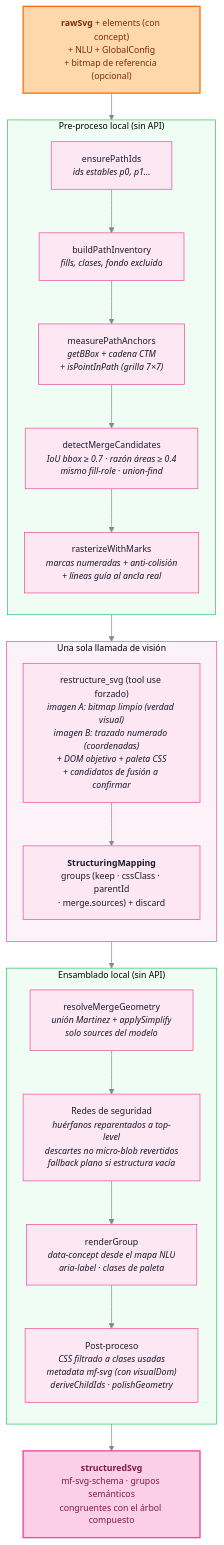
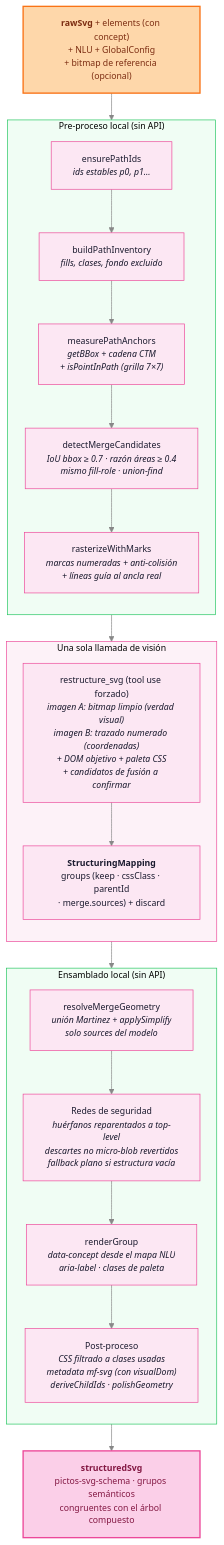
One commit to hspencer/pictos-net changed the diagram in docs/ESTRUCTURAR.md. Above: the diagram before and after it, drawn with Mermaid. The commit also changed 148 other files, not shown here.

First line of the commit message:
refactor(schemas): rename products to pictos-* and the system to PICTOS

````diff
--- a/docs/ESTRUCTURAR.md
+++ b/docs/ESTRUCTURAR.md
@@ -16,55 +16,55 @@
 ```mermaid
 %%{init: {
   'theme': 'base',
   'themeVariables': {
     'primaryColor': '#fce7f3',
     'primaryTextColor': '#1a1a2e',
     'primaryBorderColor': '#ec4899',
     'lineColor': '#888',
     'fontSize': '13px',
     'fontFamily': 'Lexend, system-ui, sans-serif'
   },
   'flowchart': { 'padding': 16, 'nodeSpacing': 30, 'rankSpacing': 40, 'curve': 'basis' }
 }}%%
 flowchart TD
     IN["<b>rawSvg</b> + elements (con concept)<br>+ NLU + GlobalConfig<br>+ bitmap de referencia (opcional)"]
 
     subgraph LOCAL1["Pre-proceso local (sin API)"]
         direction TB
         ids["ensurePathIds<br><i>ids estables p0, p1…</i>"]
         inv["buildPathInventory<br><i>fills, clases, fondo excluido</i>"]
         anchors["measurePathAnchors<br><i>getBBox + cadena CTM<br>+ isPointInPath (grilla 7×7)</i>"]
         cand["detectMergeCandidates<br><i>IoU bbox ≥ 0.7 · razón áreas ≥ 0.4<br>mismo fill-role · union-find</i>"]
         marks["rasterizeWithMarks<br><i>marcas numeradas + anti-colisión<br>+ líneas guía al ancla real</i>"]
     end
 
     subgraph MODEL["Una sola llamada de visión"]
         direction TB
         vision["restructure_svg (tool use forzado)<br><i>imagen A: bitmap limpio (verdad visual)<br>imagen B: trazado numerado (coordenadas)<br>+ DOM objetivo + paleta CSS<br>+ candidatos de fusión a confirmar</i>"]
         mapping["<b>StructuringMapping</b><br>groups (keep · cssClass · parentId<br>· merge.sources) + discard"]
     end
 
     subgraph LOCAL2["Ensamblado local (sin API)"]
         direction TB
         merge["resolveMergeGeometry<br><i>unión Martinez + applySimplify<br>solo sources del modelo</i>"]
         safety["Redes de seguridad<br><i>huérfanos reparentados a top-level<br>descartes no micro-blob revertidos<br>fallback plano si estructura vacía</i>"]
         render["renderGroup<br><i>data-concept desde el mapa NLU<br>aria-label · clases de paleta</i>"]
         post["Post-proceso<br><i>CSS filtrado a clases usadas<br>metadata mf-svg (con visualDom)<br>deriveChildIds · polishGeometry</i>"]
     end
 
-    OUT["<b>structuredSvg</b><br>mf-svg-schema · grupos semánticos<br>congruentes con el árbol compuesto"]
+    OUT["<b>structuredSvg</b><br>pictos-svg-schema · grupos semánticos<br>congruentes con el árbol compuesto"]
 
     IN --> LOCAL1
     ids --> inv --> anchors --> cand --> marks
     LOCAL1 --> MODEL
     vision --> mapping
     MODEL --> LOCAL2
     merge --> safety --> render --> post
     LOCAL2 --> OUT
 
     style IN fill:#fed7aa,stroke:#f97316,stroke-width:2px,color:#7c2d12
     style OUT fill:#fbcfe8,stroke:#ec4899,stroke-width:2px,color:#831843
     style LOCAL1 fill:#f0fdf4,stroke:#22c55e
     style LOCAL2 fill:#f0fdf4,stroke:#22c55e
     style MODEL fill:#fdf2f8,stroke:#ec4899
 ```
````
